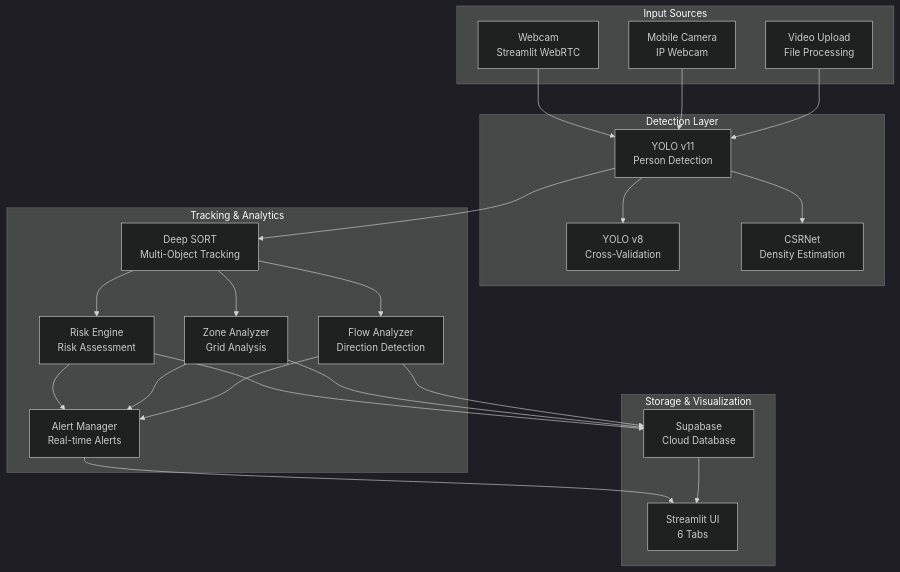
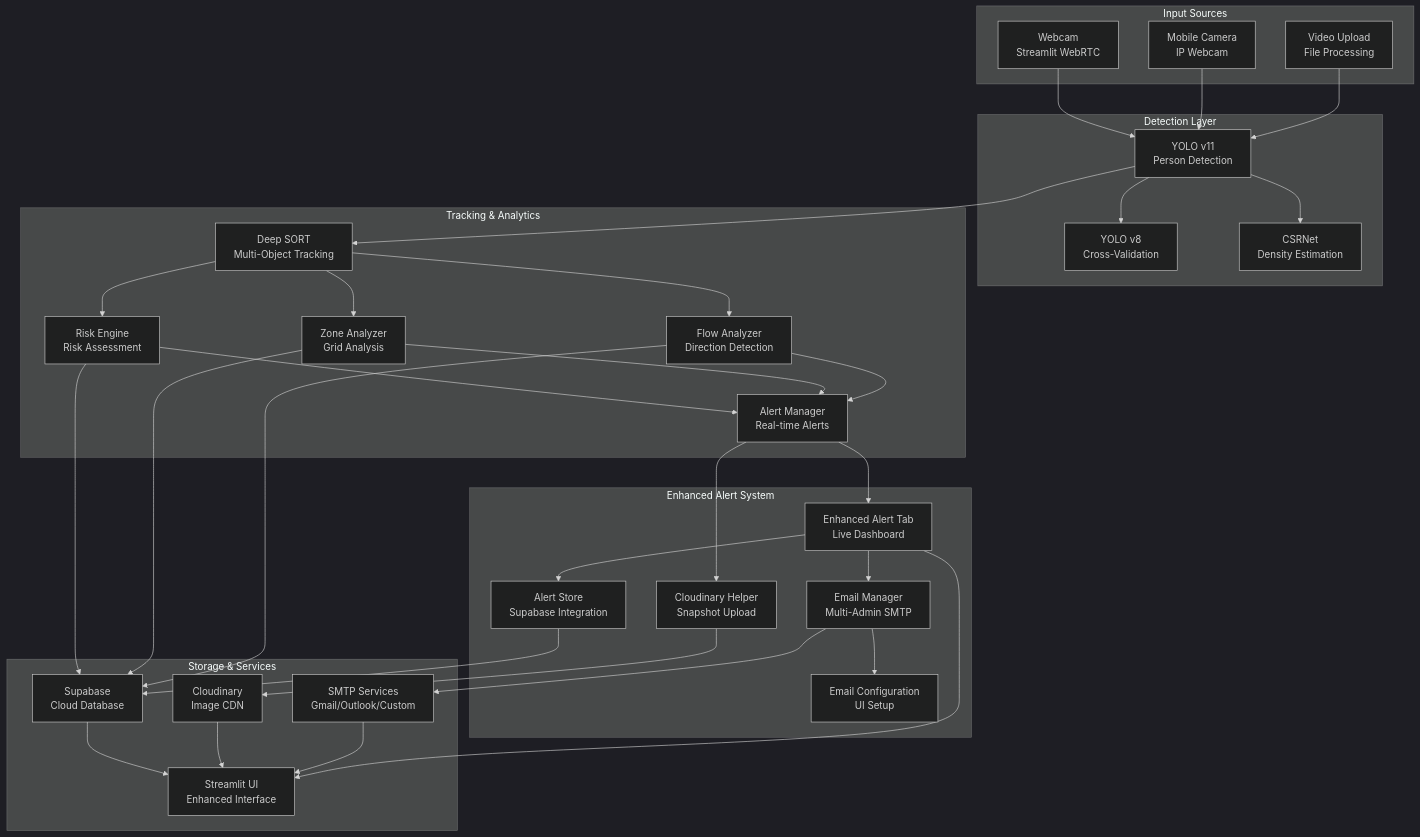
One commit to SURIYA-PRAKASH-E-S/CrowdIQ changed the diagram in README.md. Above: the diagram before and after it, drawn with Mermaid (dark theme). The commit also changed other lines of this file, not shown here.

````diff
--- a/README.md
+++ b/README.md
@@ -105,45 +118,68 @@
 ```mermaid
 graph TB
     subgraph "Input Sources"
         A[Webcam<br/>Streamlit WebRTC]
         B[Mobile Camera<br/>IP Webcam]
         C[Video Upload<br/>File Processing]
     end
 
     subgraph "Detection Layer"
         D[YOLO v11<br/>Person Detection]
         E[YOLO v8<br/>Cross-Validation]
         F[CSRNet<br/>Density Estimation]
     end
 
     subgraph "Tracking & Analytics"
         G[Deep SORT<br/>Multi-Object Tracking]
         H[Risk Engine<br/>Risk Assessment]
         I[Zone Analyzer<br/>Grid Analysis]
         J[Flow Analyzer<br/>Direction Detection]
         K[Alert Manager<br/>Real-time Alerts]
     end
 
-    subgraph "Storage & Visualization"
-        L[Supabase<br/>Cloud Database]
-        M[Streamlit UI<br/>6 Tabs]
+    subgraph "Enhanced Alert System"
+        L[Enhanced Alert Tab<br/>Live Dashboard]
+        M[Alert Store<br/>Supabase Integration]
+        N[Email Manager<br/>Multi-Admin SMTP]
+        O[Cloudinary Helper<br/>Snapshot Upload]
+        P[Email Configuration<br/>UI Setup]
+    end
+
+    subgraph "Storage & Services"
+        Q[Supabase<br/>Cloud Database]
+        R[Cloudinary<br/>Image CDN]
+        S[SMTP Services<br/>Gmail/Outlook/Custom]
+        T[Streamlit UI<br/>Enhanced Interface]
     end
 
     A --> D
     B --> D
     C --> D
     D --> E
     D --> F
     D --> G
     G --> H
     G --> I
     G --> J
     H --> K
     I --> K
     J --> K
-    H --> L
-    I --> L
-    J --> L
-    K --> M
+    
+    K --> L
     L --> M
+    L --> N
+    K --> O
+    N --> P
+    
+    M --> Q
+    O --> R
+    N --> S
+    
+    H --> Q
+    I --> Q
+    J --> Q
+    Q --> T
+    R --> T
+    S --> T
+    L --> T
 ```
````
